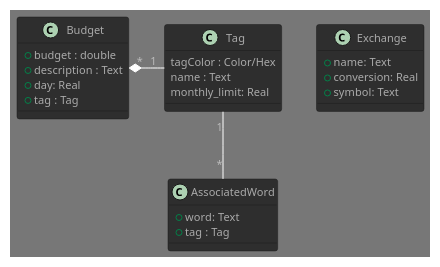
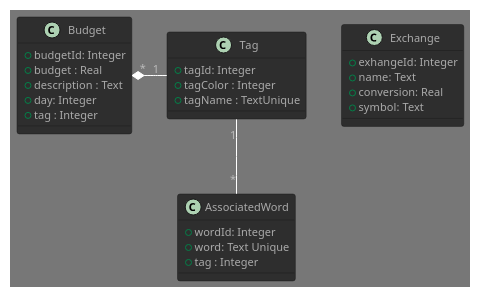
Before and after one commit to Gommet/potential-budget: the first of 2 diagrams in docs/roadmap.org, drawn with PlantUML. The commit also changed other lines of this file and 4 other files, not shown here.

```diff
--- a/docs/roadmap.org
+++ b/docs/roadmap.org
@@ -17,30 +17,33 @@
 #+begin_src plantuml :file img/db.png :dir .
 !theme reddress-darkblue
 class Budget {
-        + budget : double
+        + budgetId: Integer
+        + budget : Real
         + description : Text
-        + day: Real
-        + tag : Tag
+        + day: Integer
+        + tag : Integer
 }
 
 class Tag {
-        tagColor : Color/Hex
-        name : Text
-        monthly_limit: Real
+        + tagId: Integer
+        + tagColor : Integer
+        + tagName : TextUnique
 }
 
 class Exchange {
+        + exhangeId: Integer
         + name: Text
         + conversion: Real
         + symbol: Text
 }
 
 class AssociatedWord{
-        + word: Text
-        + tag : Tag
+        + wordId: Integer
+        + word: Text Unique
+        + tag : Integer
 }
 
 Budget "*" *- "1" Tag
 Tag "1" -- "*" AssociatedWord
 
 #+end_src
```
